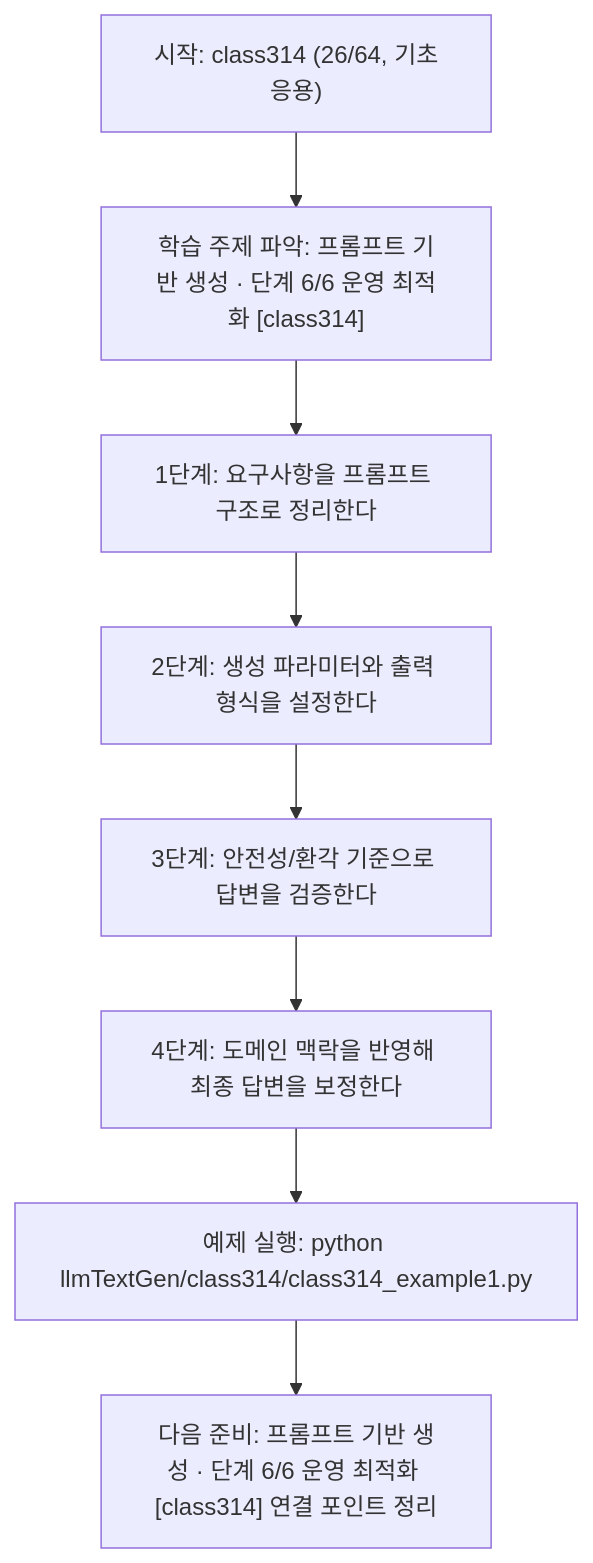
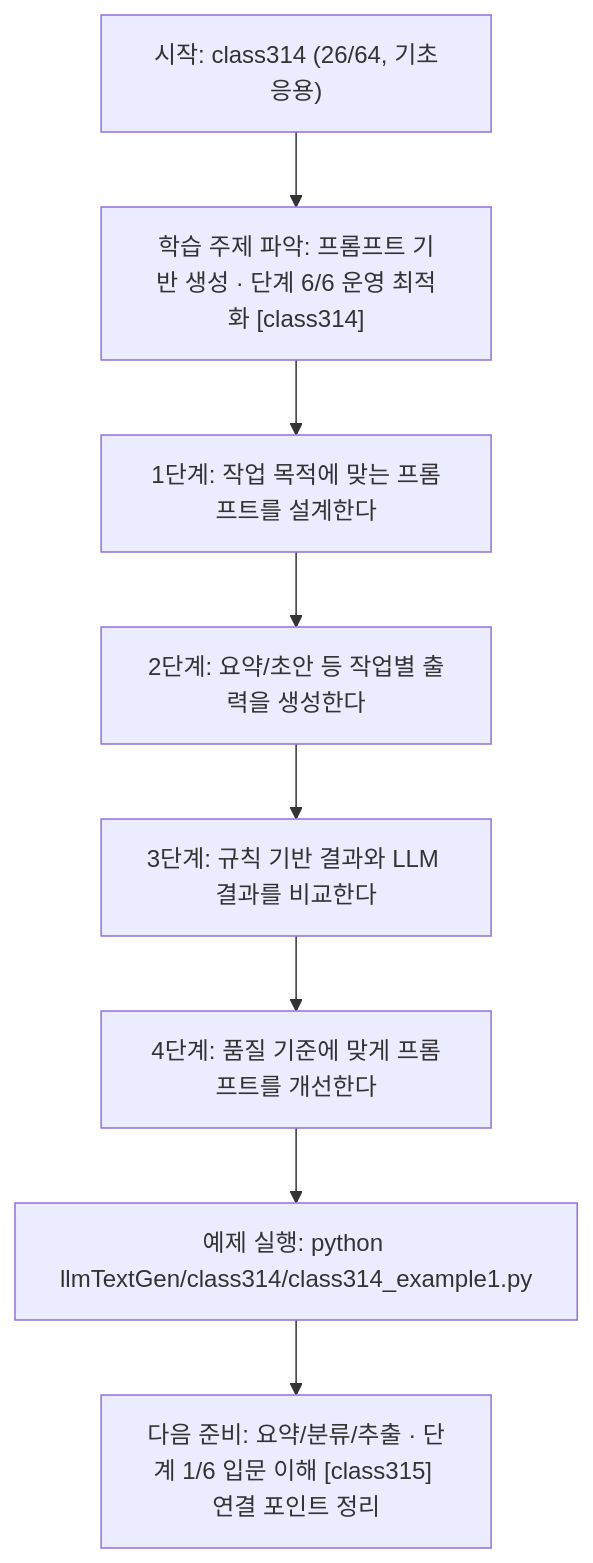
Before and after one commit to edumgt/Python-AI_Agent-Class: the diagram in llmTextGen/class314/class314.md, drawn with Mermaid. The commit also changed other lines of this file and 451 other files, not shown here.

````diff
--- a/llmTextGen/class314/class314.md
+++ b/llmTextGen/class314/class314.md
@@ -114,18 +95,18 @@
 ```mermaid
 flowchart TD
 N1["시작: class314 (26/64, 기초응용)"]
 N2["학습 주제 파악: 프롬프트 기반 생성 · 단계 6/6 운영 최적화 [class314]"]
-N3["1단계: 요구사항을 프롬프트 구조로 정리한다"]
-N4["2단계: 생성 파라미터와 출력 형식을 설정한다"]
-N5["3단계: 안전성/환각 기준으로 답변을 검증한다"]
-N6["4단계: 도메인 맥락을 반영해 최종 답변을 보정한다"]
+N3["1단계: 작업 목적에 맞는 프롬프트를 설계한다"]
+N4["2단계: 요약/초안 등 작업별 출력을 생성한다"]
+N5["3단계: 규칙 기반 결과와 LLM 결과를 비교한다"]
+N6["4단계: 품질 기준에 맞게 프롬프트를 개선한다"]
 N7["예제 실행: python llmTextGen/class314/class314_example1.py"]
-N8["다음 준비: 프롬프트 기반 생성 · 단계 6/6 운영 최적화 [class314] 연결 포인트 정리"]
+N8["다음 준비: 요약/분류/추출 · 단계 1/6 입문 이해 [class315] 연결 포인트 정리"]
 N1 --> N2
 N2 --> N3
 N3 --> N4
 N4 --> N5
 N5 --> N6
 N6 --> N7
 N7 --> N8
 ```
````
